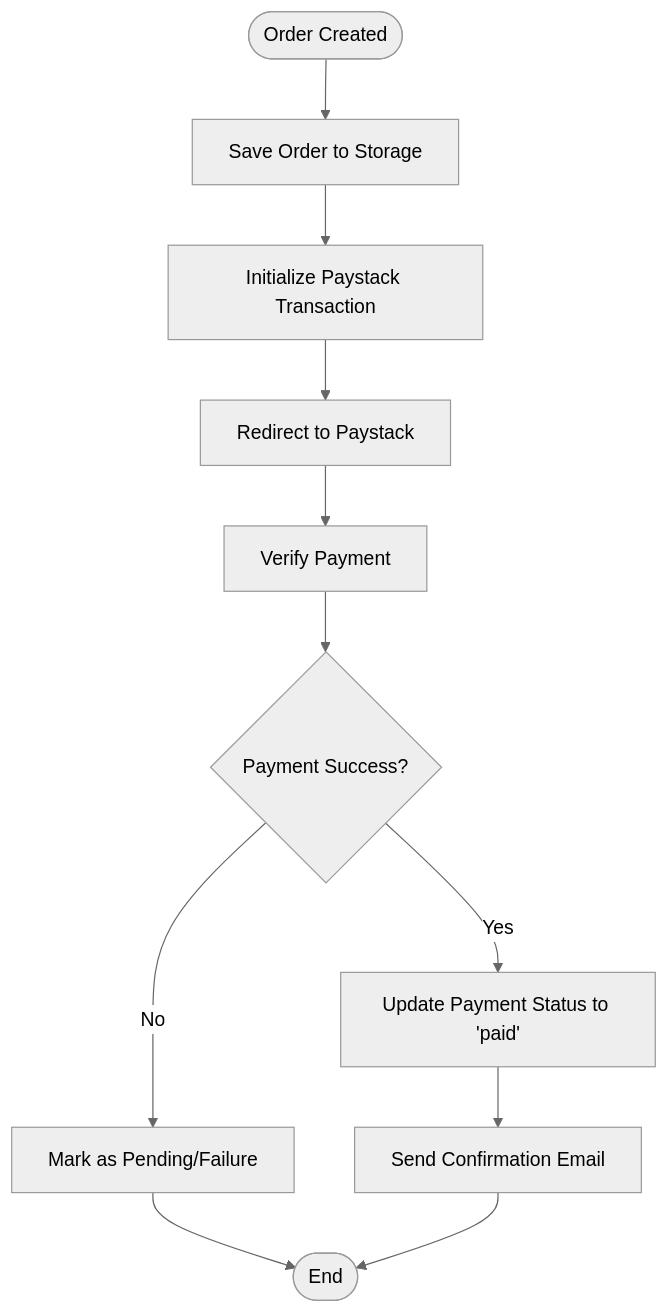
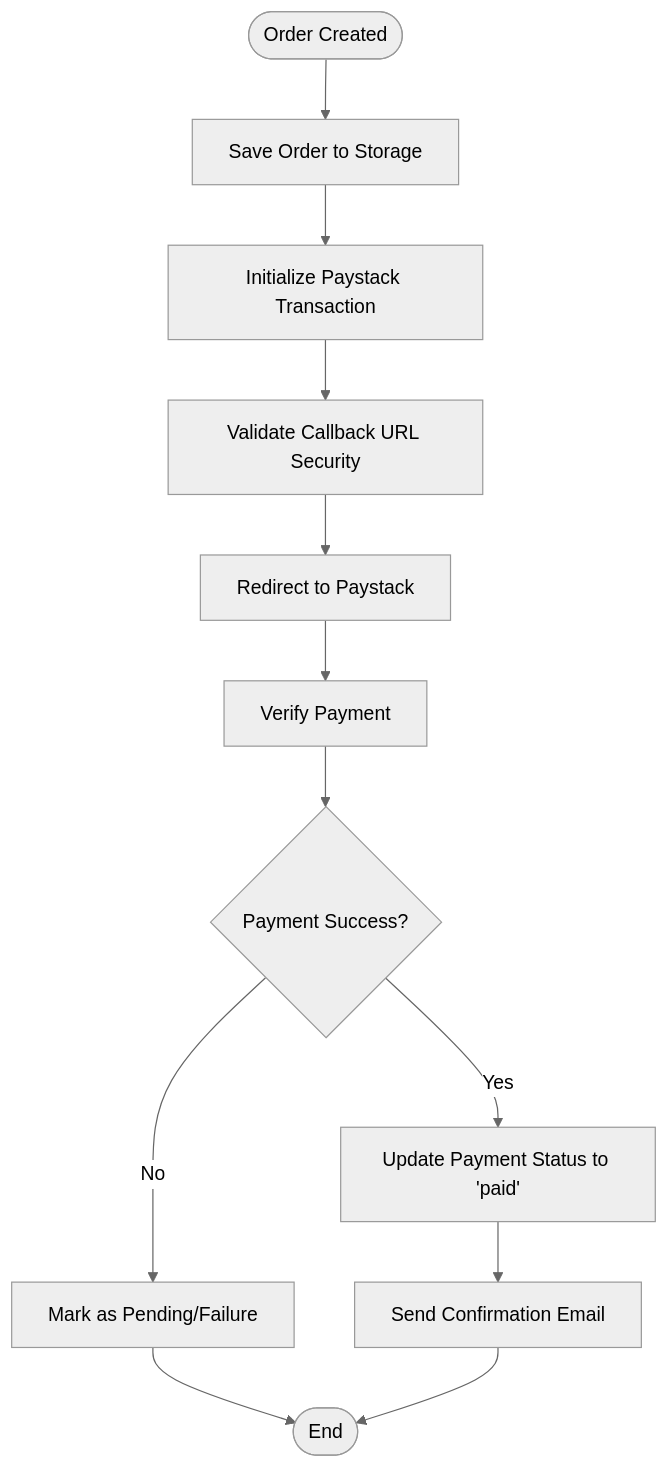
Before and after one commit to SirD33k/activezone: the fourth of 6 diagrams in .qoder/repowiki/en/content/External Integrations/Paystack Payment Processing.md, drawn with Mermaid (neutral theme). The commit also changed other lines of this file and 1 other file, not shown here.

````diff
--- a/.qoder/repowiki/en/content/External Integrations/Paystack Payment Processing.md
+++ b/.qoder/repowiki/en/content/External Integrations/Paystack Payment Processing.md
@@ -256,13 +294,14 @@
 ```mermaid
 flowchart TD
 Start(["Order Created"]) --> SaveOrder["Save Order to Storage"]
 SaveOrder --> InitPaystack["Initialize Paystack Transaction"]
-InitPaystack --> Redirect["Redirect to Paystack"]
+InitPaystack --> ValidateURL["Validate Callback URL Security"]
+ValidateURL --> Redirect["Redirect to Paystack"]
 Redirect --> Verify["Verify Payment"]
 Verify --> StatusSuccess{"Payment Success?"}
 StatusSuccess --> |Yes| UpdateStatus["Update Payment Status to 'paid'"]
 StatusSuccess --> |No| Pending["Mark as Pending/Failure"]
 UpdateStatus --> Notify["Send Confirmation Email"]
 Pending --> End(["End"])
 Notify --> End
 ```
````
